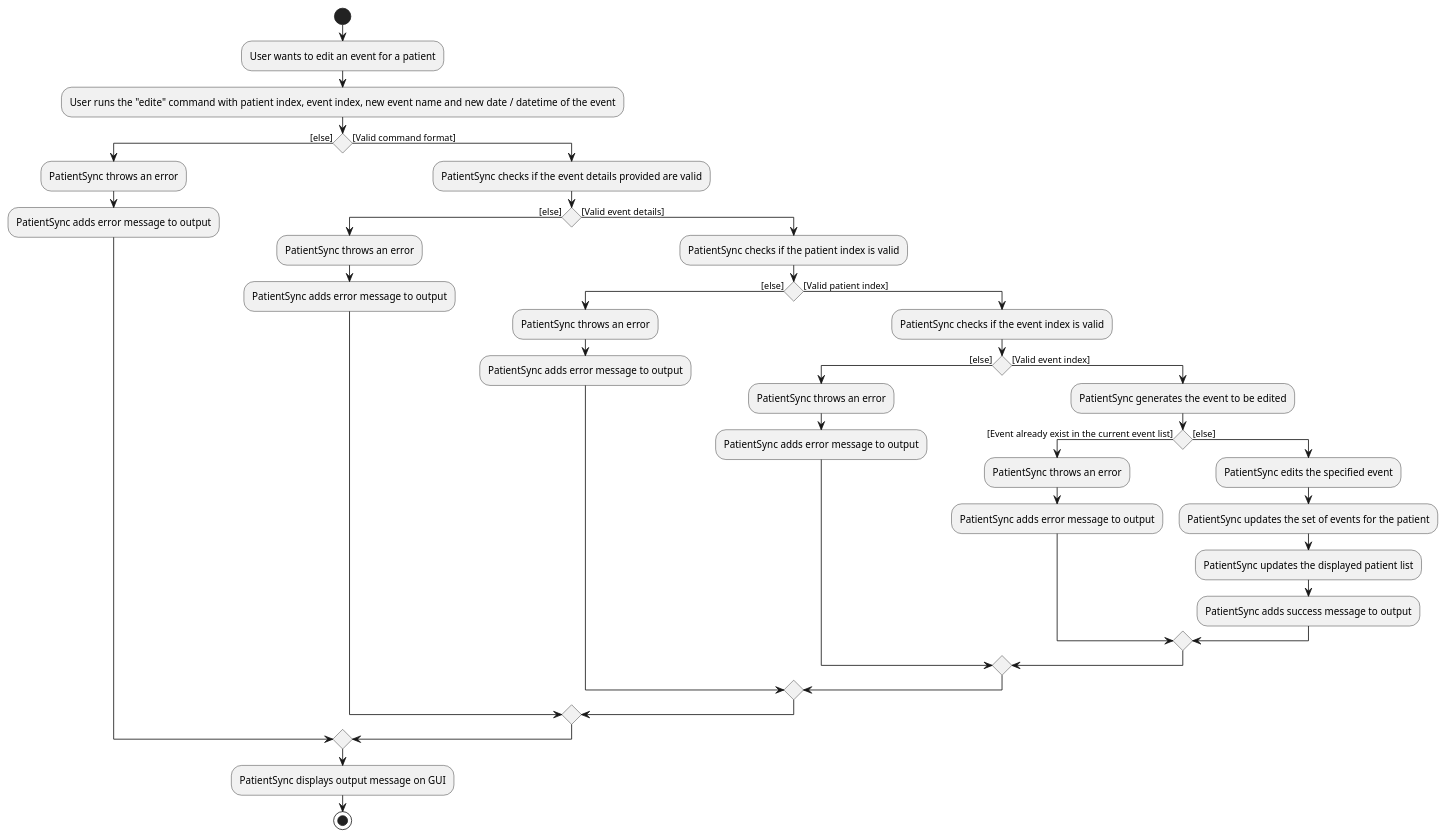
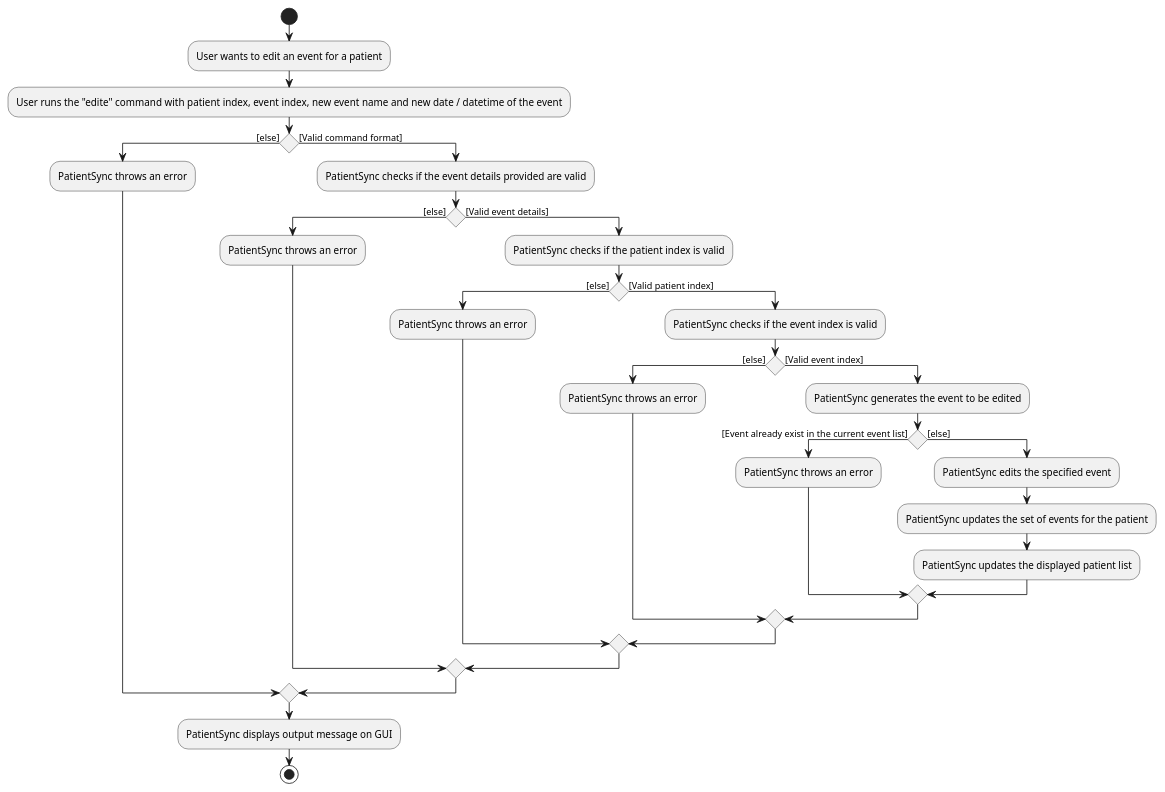
Before and after one commit to NeoHW/tp: the diagram in docs/diagrams/EditEventActivityDiagram.puml, drawn with PlantUML. The commit also changed 1 other file, not shown here.

Commit message:
Update EditEventActivityDiagram

```diff
--- a/docs/diagrams/EditEventActivityDiagram.puml
+++ b/docs/diagrams/EditEventActivityDiagram.puml
@@ -1,40 +1,34 @@
 @startuml
 start
 :User wants to edit an event for a patient;
 :User runs the "edite" command with patient index, event index, new event name and new date / datetime of the event;
 if () then ([else])
     :PatientSync throws an error;
-    :PatientSync adds error message to output;
 else ([Valid command format])
     :PatientSync checks if the event details provided are valid;
     if () then ([else])
         :PatientSync throws an error;
-        :PatientSync adds error message to output;
     else ([Valid event details])
         :PatientSync checks if the patient index is valid;
         if () then ([else])
             :PatientSync throws an error;
-            :PatientSync adds error message to output;
         else ([Valid patient index])
             :PatientSync checks if the event index is valid;
             if () then ([else])
                 :PatientSync throws an error;
-                :PatientSync adds error message to output;
             else ([Valid event index])
                 :PatientSync generates the event to be edited;
                 if () then ([Event already exist in the current event list])
                     :PatientSync throws an error;
-                    :PatientSync adds error message to output;
                 else ([else])
                     :PatientSync edits the specified event;
                     :PatientSync updates the set of events for the patient;
                     :PatientSync updates the displayed patient list;
-                    :PatientSync adds success message to output;
                 endif
             endif
         endif
     endif
 endif
 :PatientSync displays output message on GUI;
 stop
 @enduml
```
